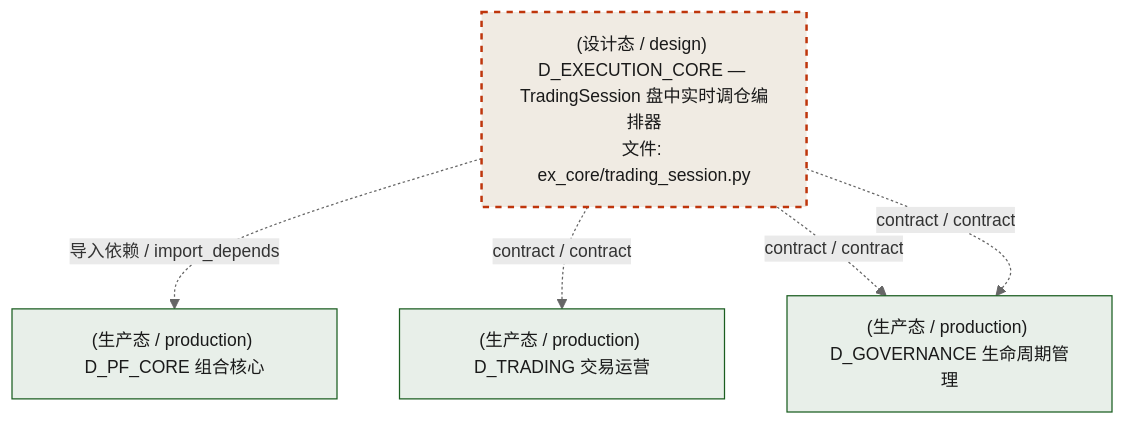
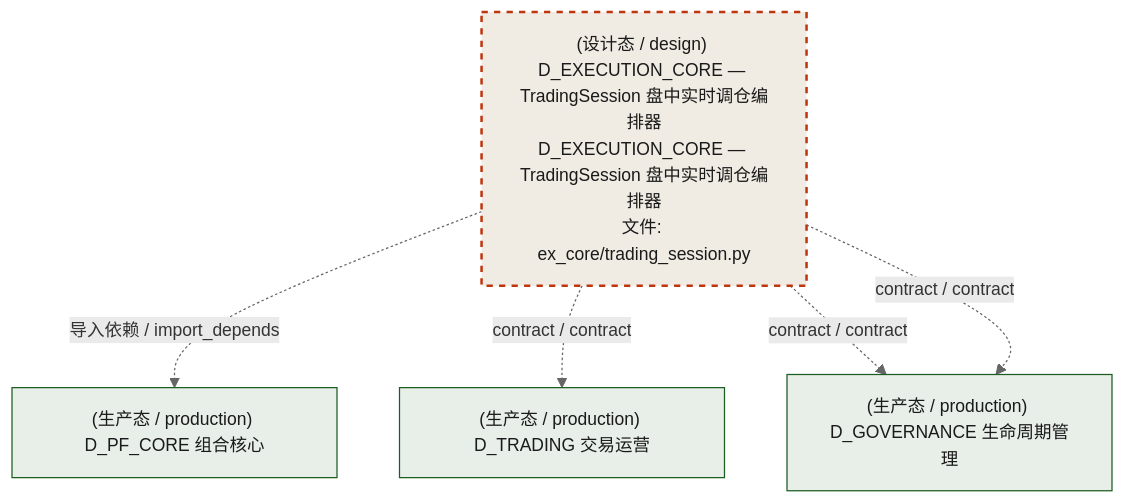
One commit to xuanFelixVan/ZephyrAlpha changed the third of 4 diagrams in docs/02_enterprise_architecture/02_domain_architecture_docs/44_d_ex_core.md. Above: the diagram before and after it, drawn with Mermaid. The commit also changed other lines of this file and 80 other files, not shown here.

````diff
--- a/docs/02_enterprise_architecture/02_domain_architecture_docs/44_d_ex_core.md
+++ b/docs/02_enterprise_architecture/02_domain_architecture_docs/44_d_ex_core.md
@@ -186,18 +189,18 @@
 ```mermaid
 %%{init: {'theme': 'base', 'themeVariables': {'primaryColor': '#eaeaea', 'primaryTextColor': '#333333', 'primaryBorderColor': '#666666', 'lineColor': '#666666', 'secondaryColor': '#eaeaea', 'tertiaryColor': '#eaeaea', 'fontSize': '14px'}}}%%
 flowchart TD
-    src_zephyr_ex_core_trading_session_py["(设计态 / design) D_EXECUTION_CORE — TradingSession 盘中实时调仓编排器<br/>文件: ex_core/trading_session.py"]
+    src_zephyr_ex_core_trading_session_py["(设计态 / design) D_EXECUTION_CORE — TradingSession 盘中实时调仓编排器<br/>D_EXECUTION_CORE — TradingSession 盘中实时调仓编排器<br/>文件: ex_core/trading_session.py"]
     D_PF_CORE["(生产态 / production) D_PF_CORE 组合核心"]
     src_zephyr_ex_core_trading_session_py -.->|导入依赖 / import_depends| D_PF_CORE
     D_TRADING["(生产态 / production) D_TRADING 交易运营"]
     src_zephyr_ex_core_trading_session_py -.->|contract / contract| D_TRADING
     D_GOVERNANCE["(生产态 / production) D_GOVERNANCE 生命周期管理"]
     src_zephyr_ex_core_trading_session_py -.->|contract / contract| D_GOVERNANCE
     src_zephyr_ex_core_trading_session_py -.->|contract / contract| D_GOVERNANCE
     classDef production fill:#e8edf2,stroke:#0277bd,stroke-width:2px,color:#1a1a1a
     classDef design fill:#f0ebe3,stroke:#bf360c,stroke-width:2px,color:#1a1a1a,stroke-dasharray: 5 5
     classDef external_prod fill:#e8efe9,stroke:#1b5e20,stroke-width:1px,color:#1a1a1a
     classDef external_design fill:#efe5ea,stroke:#880e4f,stroke-width:1px,color:#1a1a1a,stroke-dasharray: 5 5
     class src_zephyr_ex_core_trading_session_py design
     class D_PF_CORE,D_TRADING,D_GOVERNANCE external_prod
 ```
````
